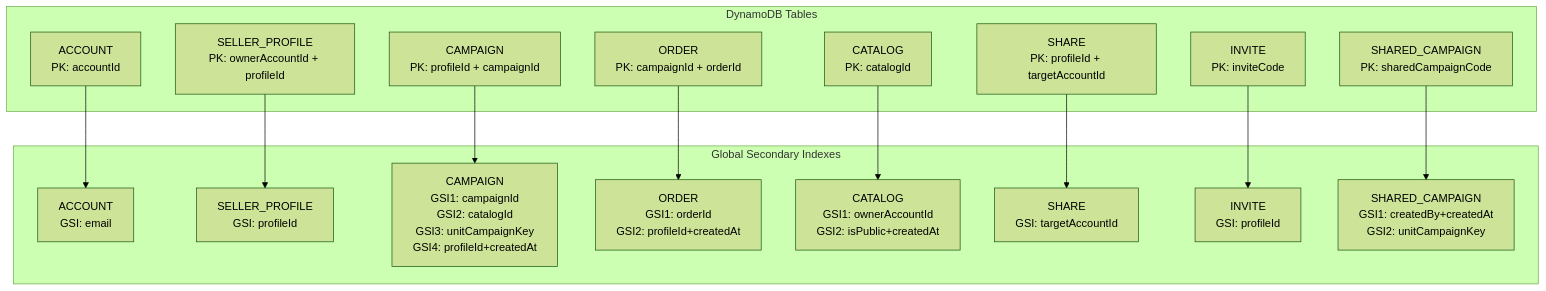
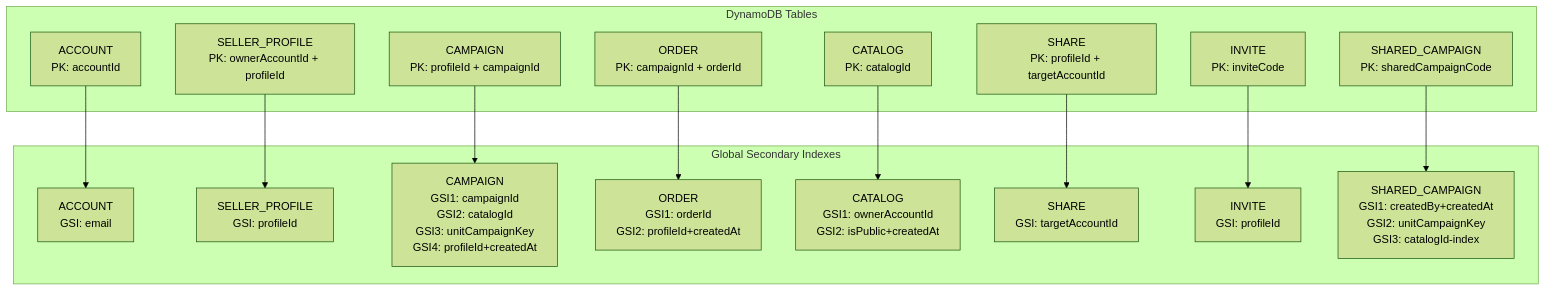
Before and after one commit to dmeiser/kernelworx: the ninth of 13 diagrams in docs/SCHEMA.md, drawn with Mermaid (forest theme). The commit also changed other lines of this file and 10 other files, not shown here.

First line of the commit message:
fix(appsync): enforce catalog constraints for shared campaigns (#257)

````diff
--- a/docs/SCHEMA.md
+++ b/docs/SCHEMA.md
@@ -266,33 +267,33 @@
 ```mermaid
 graph TD
     subgraph "DynamoDB Tables"
         A["ACCOUNT<br/>PK: accountId"]
         B["SELLER_PROFILE<br/>PK: ownerAccountId + profileId"]
         C["CAMPAIGN<br/>PK: profileId + campaignId"]
         D["ORDER<br/>PK: campaignId + orderId"]
         E["CATALOG<br/>PK: catalogId"]
         F["SHARE<br/>PK: profileId + targetAccountId"]
         G["INVITE<br/>PK: inviteCode"]
         H["SHARED_CAMPAIGN<br/>PK: sharedCampaignCode"]
     end
     
     subgraph "Global Secondary Indexes"
         A1["ACCOUNT<br/>GSI: email"]
         B1["SELLER_PROFILE<br/>GSI: profileId"]
         C1["CAMPAIGN<br/>GSI1: campaignId<br/>GSI2: catalogId<br/>GSI3: unitCampaignKey<br/>GSI4: profileId+createdAt"]
         D1["ORDER<br/>GSI1: orderId<br/>GSI2: profileId+createdAt"]
         E1["CATALOG<br/>GSI1: ownerAccountId<br/>GSI2: isPublic+createdAt"]
         F1["SHARE<br/>GSI: targetAccountId"]
         G1["INVITE<br/>GSI: profileId"]
-        H1["SHARED_CAMPAIGN<br/>GSI1: createdBy+createdAt<br/>GSI2: unitCampaignKey"]
+        H1["SHARED_CAMPAIGN<br/>GSI1: createdBy+createdAt<br/>GSI2: unitCampaignKey<br/>GSI3: catalogId-index"]
     end
     
     A --> A1
     B --> B1
     C --> C1
     D --> D1
     E --> E1
     F --> F1
     G --> G1
     H --> H1
 ```
````
